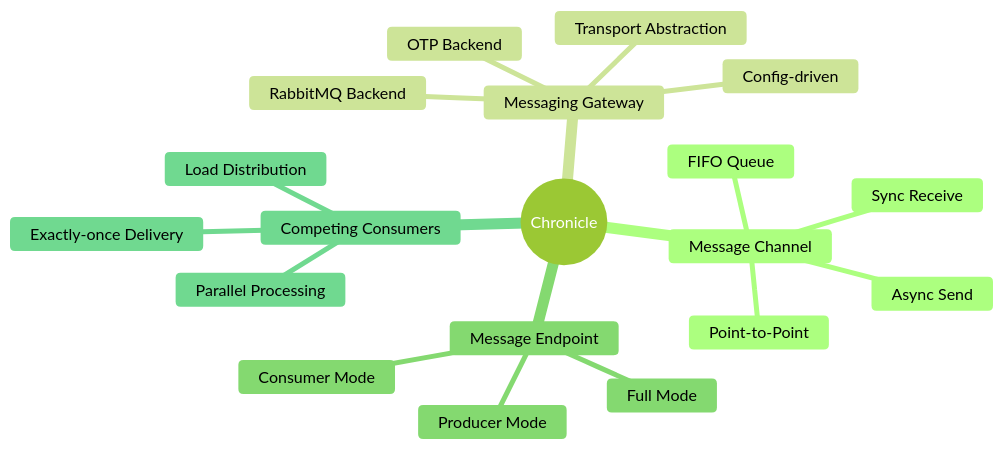
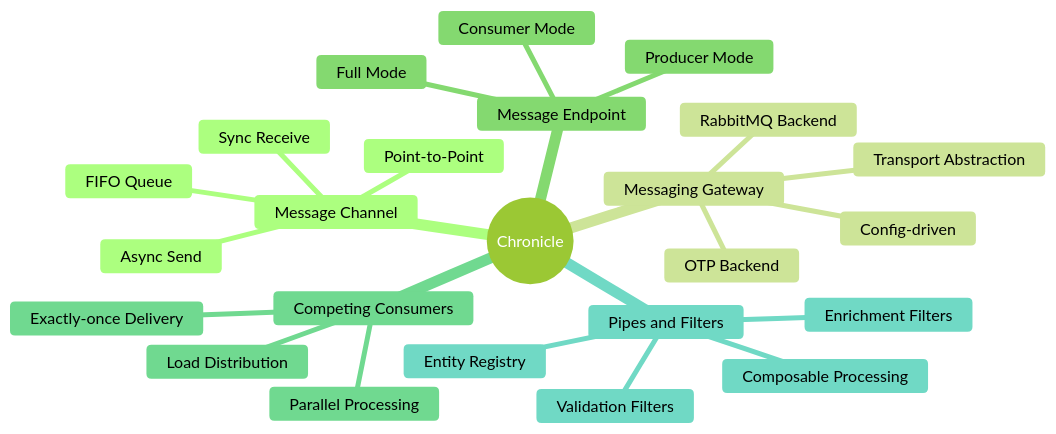
One commit to jamescarr/chronicle changed the ninth of 9 diagrams in docs/day-2-patterns.md. Above: the diagram before and after it, drawn with Mermaid (forest theme). The commit also changed other lines of this file and 1 other file, not shown here.

First line of the commit message:
docs: add Pipes and Filters step-by-step guide

````diff
--- a/docs/day-2-patterns.md
+++ b/docs/day-2-patterns.md
@@ -235,22 +292,27 @@
 ```mermaid
 mindmap
   root((Chronicle))
     Message Channel
       Point-to-Point
       FIFO Queue
       Async Send
       Sync Receive
     Messaging Gateway
       Transport Abstraction
       OTP Backend
       RabbitMQ Backend
       Config-driven
     Message Endpoint
       Producer Mode
       Consumer Mode
       Full Mode
     Competing Consumers
       Parallel Processing
       Load Distribution
       Exactly-once Delivery
+    Pipes and Filters
+      Composable Processing
+      Validation Filters
+      Enrichment Filters
+      Entity Registry
 ```
````
